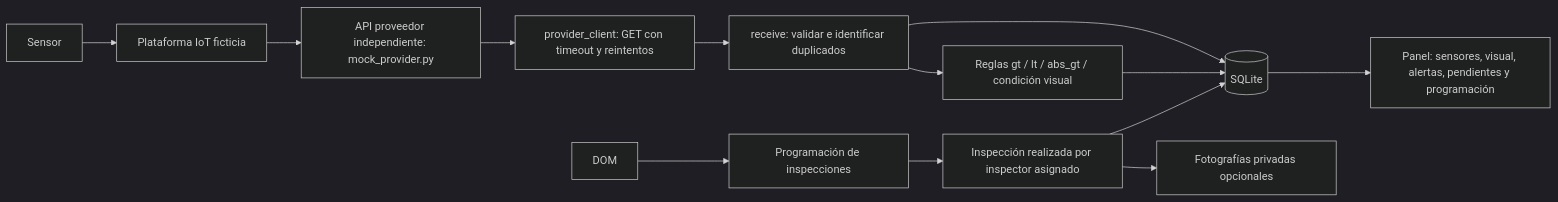
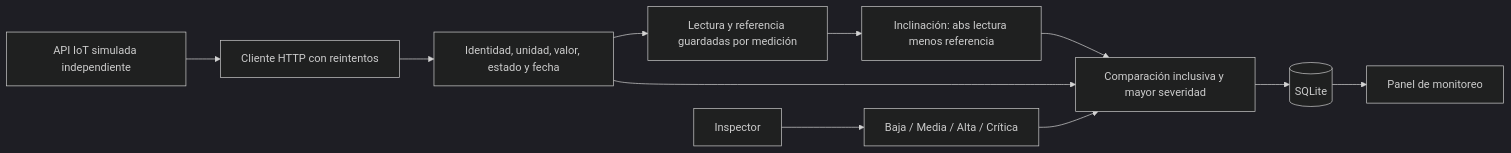
One commit to arieeliiu/monitoreo-puentes-municipales changed the diagram in docs/ARQUITECTURA.md. Above: the diagram before and after it, drawn with Mermaid (dark theme). The commit also changed other lines of this file and 30 other files, not shown here.

````diff
--- a/docs/ARQUITECTURA.md
+++ b/docs/ARQUITECTURA.md
@@ -5,15 +5,13 @@
 ```mermaid
 flowchart LR
-    Sensor --> Plataforma[Plataforma IoT ficticia]
-    Plataforma --> Proveedor[API proveedor independiente: mock_provider.py]
-    Proveedor --> Cliente[provider_client: GET con timeout y reintentos]
-    Cliente --> Recepcion[receive: validar e identificar duplicados]
-    Recepcion --> Reglas[Reglas gt / lt / abs_gt / condición visual]
-    Recepcion --> BD[(SQLite)]
-    Reglas --> BD
-    DOM --> Plan[Programación de inspecciones]
-    Plan --> Resultado[Inspección realizada por inspector asignado]
-    Resultado --> Fotos[Fotografías privadas opcionales]
-    Resultado --> BD
-    BD --> Panel[Panel: sensores, visual, alertas, pendientes y programación]
+    Proveedor[API IoT simulada independiente] --> Cliente[Cliente HTTP con reintentos]
+    Cliente --> Recepcion[Identidad, unidad, valor, estado y fecha]
+    Recepcion --> Referencia[Lectura y referencia guardadas por medición]
+    Referencia --> Variacion[Inclinación: abs lectura menos referencia]
+    Variacion --> Niveles[Comparación inclusiva y mayor severidad]
+    Recepcion --> Niveles
+    Niveles --> BD[(SQLite)]
+    Inspector --> Visual[Baja / Media / Alta / Crítica]
+    Visual --> Niveles
+    BD --> Panel[Panel de monitoreo]
 ```
````
